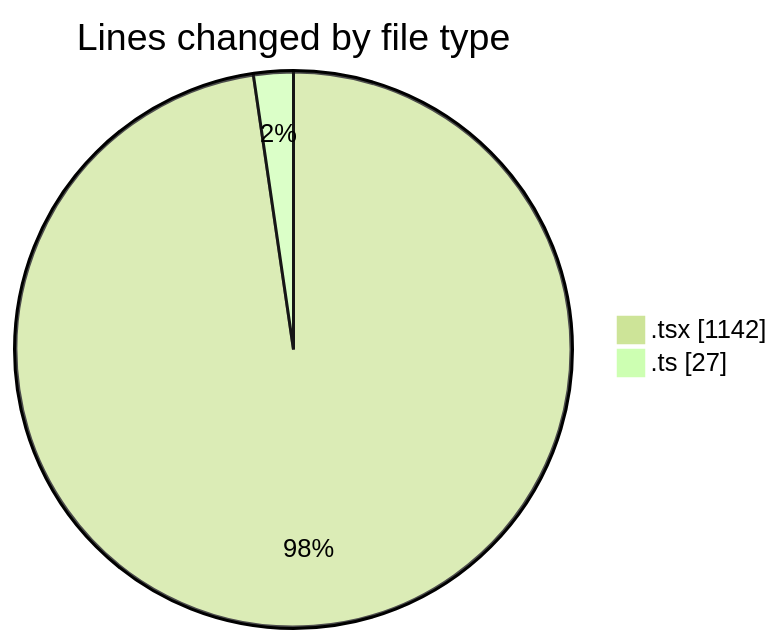
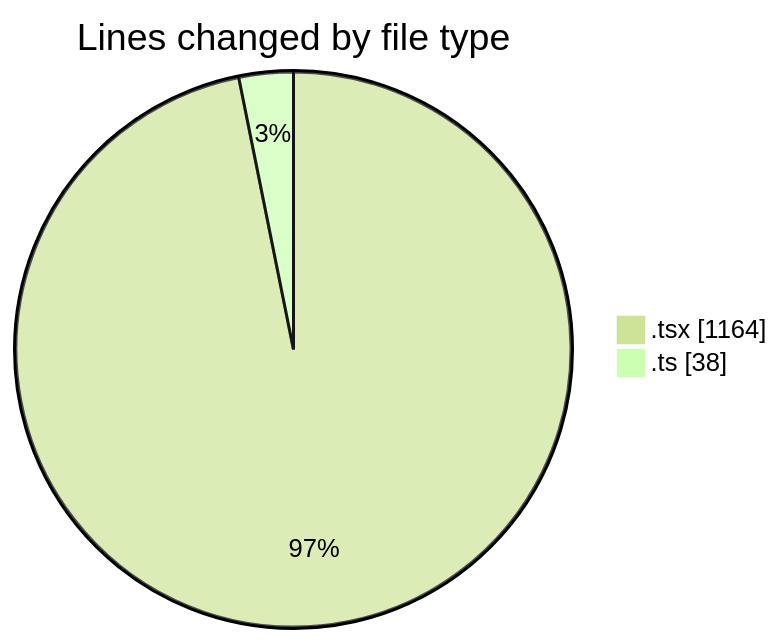
Before and after one commit to momahboobian/code-tracking: the first of 2 diagrams in 2025-02-11/cda/README.md, drawn with Mermaid (forest theme). The commit also changed other lines of this file and 1 other file, not shown here.

````diff
--- a/2025-02-11/cda/README.md
+++ b/2025-02-11/cda/README.md
@@ -21,6 +23,6 @@
 ```mermaid
 pie showData
 title Lines changed by file type
-".tsx" : 1142
-".ts" : 27
+".tsx" : 1164
+".ts" : 38
 ```
````
